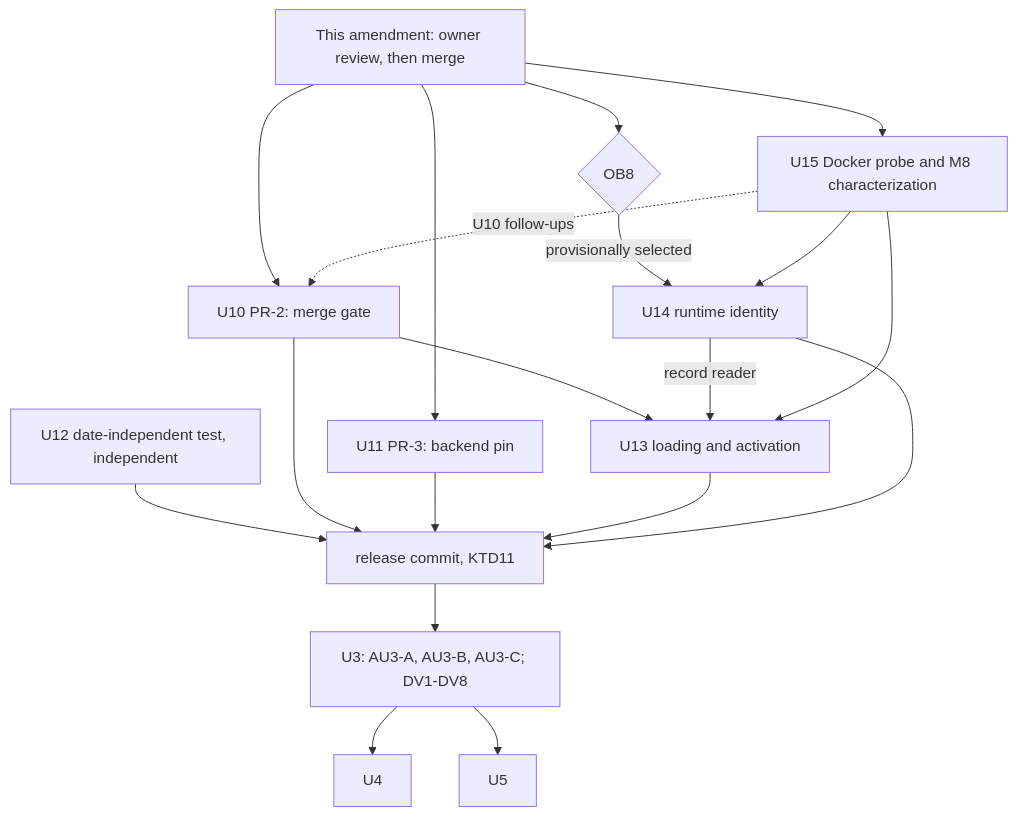
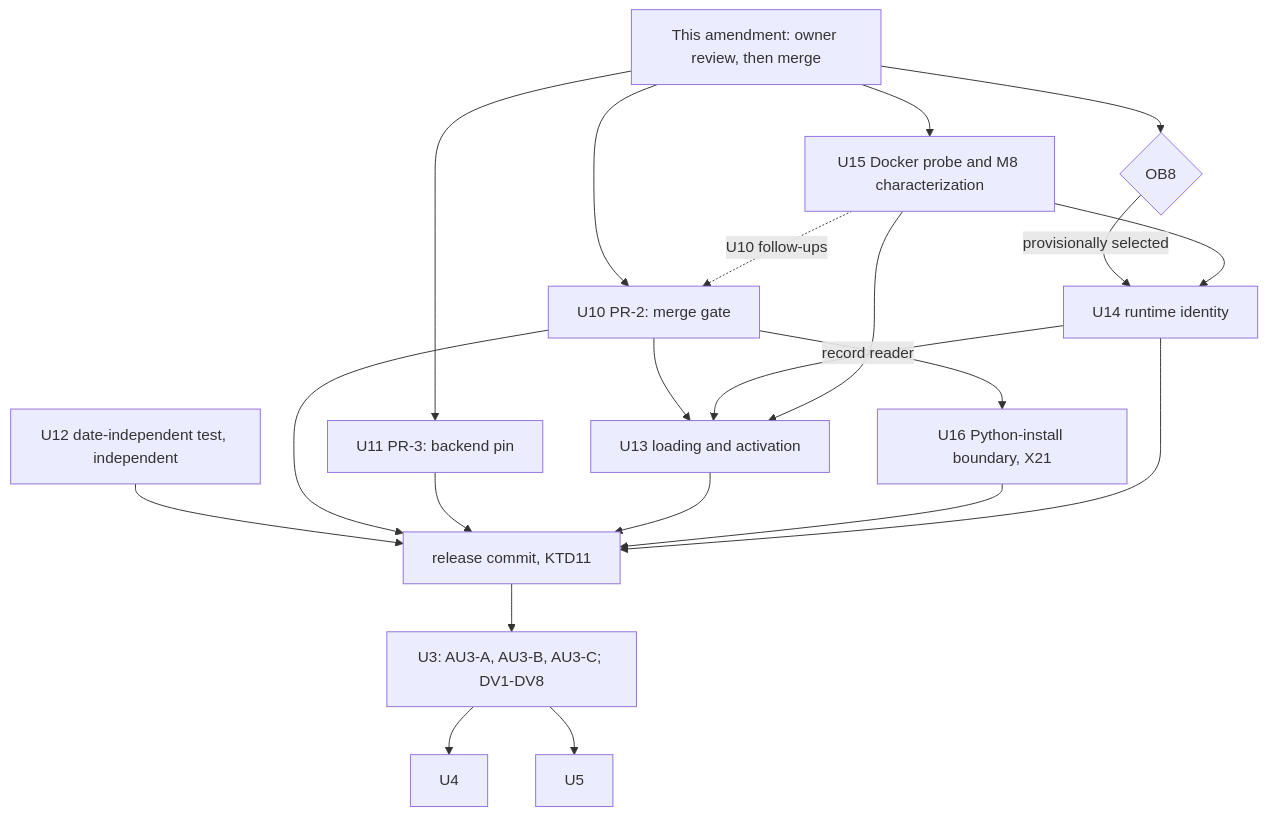
The second of 3 diagrams in docs/plans/2026-11-10-002-chore-b7-production-promotion-plan.md (riteshspisha/brand-abuse-sentinel), drawn with Mermaid before and after one commit. The commit also changed other lines of this file, not shown here.

First line of the commit message:
docs(plans): add U16, the Python-install boundary for X21, to the B7 plan

````diff
--- a/docs/plans/2026-11-10-002-chore-b7-production-promotion-plan.md
+++ b/docs/plans/2026-11-10-002-chore-b7-production-promotion-plan.md
@@ -331,20 +342,21 @@
 ```mermaid
 flowchart TD
   U12[U12 date-independent test, independent]
   AM[This amendment: owner review, then merge]
   AM --> U10[U10 PR-2: merge gate]
   AM --> U11[U11 PR-3: backend pin]
   AM --> OB8{OB8}
   OB8 -->|provisionally selected| U14[U14 runtime identity]
   U10 --> U13[U13 loading and activation]
   U14 -->|record reader| U13
   AM --> U15[U15 Docker probe and M8 characterization]
   U15 -.U10 follow-ups.-> U10
   U15 --> U14
   U15 --> U13
-  U12 & U10 & U11 & U13 --> RC[release commit, KTD11]
+  U10 --> U16[U16 Python-install boundary, X21]
+  U12 & U10 & U11 & U13 & U16 --> RC[release commit, KTD11]
   U14 --> RC
   RC --> U3[U3: AU3-A, AU3-B, AU3-C; DV1-DV8]
   U3 --> U4
   U3 --> U5
 ```
````
